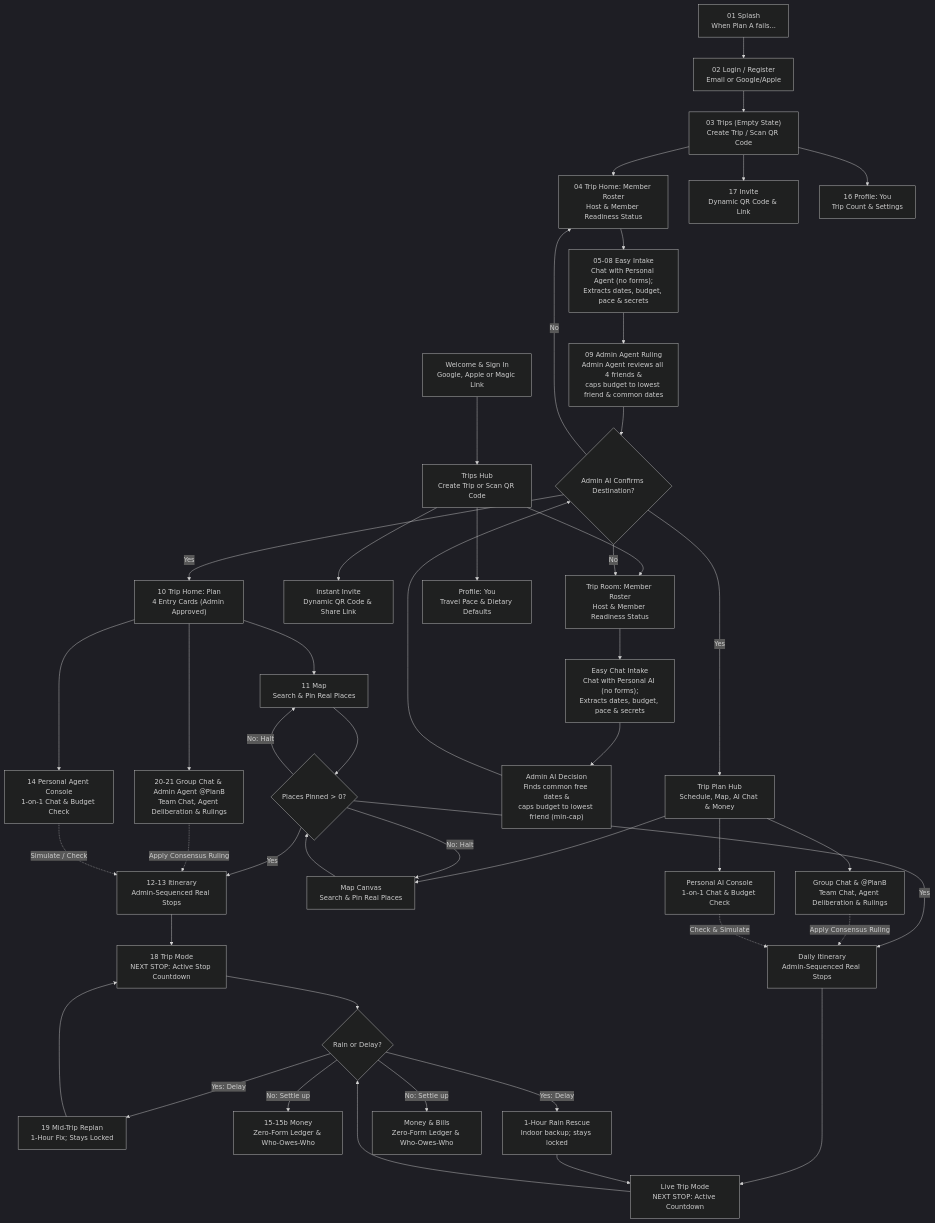
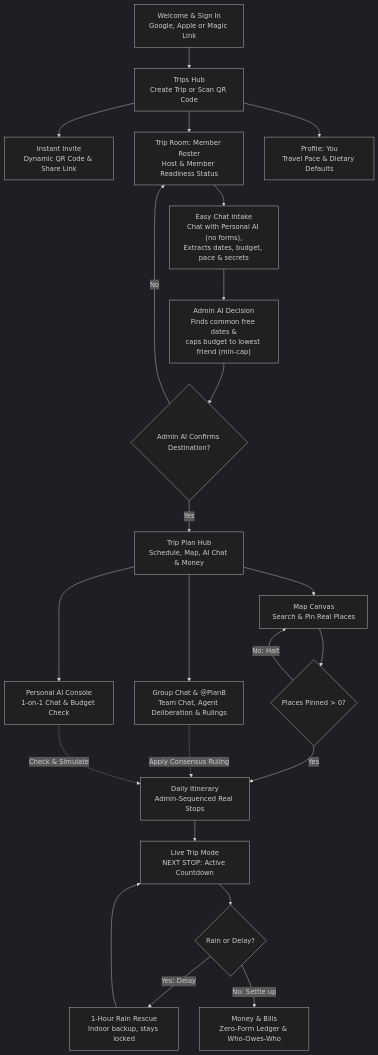
Before and after one commit to nlzce/We-are-the-champions_Plan-B: diagram 15 of 21 in README.md, drawn with Mermaid (dark theme). The commit also changed other lines of this file, not shown here.

Commit message:
docs: fix the mermaid diagram problem

````diff
--- a/README.md
+++ b/README.md
@@ -495,48 +489,25 @@
 ```mermaid
 flowchart TD
-  S01["01 Splash<br/>When Plan A fails..."] --> S02["02 Login / Register<br/>Email or Google/Apple"]
-  S02 --> S03["03 Trips (Empty State)<br/>Create Trip / Scan QR Code"]
-  S03 --> S04["04 Trip Home: Member Roster<br/>Host & Member Readiness Status"]
-  S03 --> S17["17 Invite<br/>Dynamic QR Code & Link"]
-  S04 --> S05_08["05-08 Easy Intake<br/>Chat with Personal Agent (no forms);<br/>Extracts dates, budget, pace & secrets"]
-  S05_08 --> S09["09 Admin Agent Ruling<br/>Admin Agent reviews all 4 friends &<br/>caps budget to lowest friend & common dates"]
-  S09 --> DestCheck{"Admin Agent Confirms Destination?"}
-  DestCheck -->|No| S04
-  DestCheck -->|Yes| S10["10 Trip Home: Plan<br/>4 Entry Cards (Admin Approved)"]
-  S10 --> S11["11 Map<br/>Search & Pin Real Places"]
-  S10 --> S14["14 Personal Agent Console<br/>1-on-1 Chat & Budget Check"]
-  S10 --> S20_21["20-21 Group Chat & Admin Agent @PlanB<br/>Team Chat, Agent Deliberation & Rulings"]
-  S11 --> PlaceCheck{"Places Pinned > 0?"}
-  PlaceCheck -->|No: Halt| S11
-  PlaceCheck -->|Yes| S12_13["12-13 Itinerary<br/>Admin-Sequenced Real Stops"]
-  S20_21 -.->|"Apply Consensus Ruling"| S12_13
-  S14 -.->|"Simulate / Check"| S12_13
-  S12_13 --> S18["18 Trip Mode<br/>NEXT STOP: Active Stop Countdown"]
-  S18 --> DisCheck{"Rain or Delay?"}
-  DisCheck -->|Yes: Delay| S19["19 Mid-Trip Replan<br/>1-Hour Fix; Stays Locked"]
-  S19 --> S18
-  DisCheck -->|No: Settle up| S15["15-15b Money<br/>Zero-Form Ledger & Who-Owes-Who"]
-  S03 --> S16["16 Profile: You<br/>Trip Count & Settings"]
   Login["Welcome & Sign In<br/>Google, Apple or Magic Link"] --> TripsHub["Trips Hub<br/>Create Trip or Scan QR Code"]
   TripsHub --> Invite["Instant Invite<br/>Dynamic QR Code & Share Link"]
   TripsHub --> Roster["Trip Room: Member Roster<br/>Host & Member Readiness Status"]
-  Roster --> EasyIntake["Easy Chat Intake<br/>Chat with Personal AI (no forms);<br/>Extracts dates, budget, pace & secrets"]
+  Roster --> EasyIntake["Easy Chat Intake<br/>Chat with Personal AI (no forms),<br/>Extracts dates, budget, pace & secrets"]
   EasyIntake --> AdminRuling["Admin AI Decision<br/>Finds common free dates &<br/>caps budget to lowest friend (min-cap)"]
   AdminRuling --> DestCheck{"Admin AI Confirms Destination?"}
   DestCheck -->|No| Roster
   DestCheck -->|Yes| PlanHub["Trip Plan Hub<br/>Schedule, Map, AI Chat & Money"]
   PlanHub --> Map["Map Canvas<br/>Search & Pin Real Places"]
   PlanHub --> PersonalAI["Personal AI Console<br/>1-on-1 Chat & Budget Check"]
   PlanHub --> GroupChat["Group Chat & @PlanB<br/>Team Chat, Agent Deliberation & Rulings"]
   Map --> PlaceCheck{"Places Pinned > 0?"}
   PlaceCheck -->|No: Halt| Map
   PlaceCheck -->|Yes| Itinerary["Daily Itinerary<br/>Admin-Sequenced Real Stops"]
   GroupChat -.->|"Apply Consensus Ruling"| Itinerary
   PersonalAI -.->|"Check & Simulate"| Itinerary
   Itinerary --> LiveTrip["Live Trip Mode<br/>NEXT STOP: Active Countdown"]
   LiveTrip --> DisCheck{"Rain or Delay?"}
-  DisCheck -->|Yes: Delay| Replan["1-Hour Rain Rescue<br/>Indoor backup; stays locked"]
+  DisCheck -->|Yes: Delay| Replan["1-Hour Rain Rescue<br/>Indoor backup, stays locked"]
   Replan --> LiveTrip
   DisCheck -->|No: Settle up| Money["Money & Bills<br/>Zero-Form Ledger & Who-Owes-Who"]
   TripsHub --> Profile["Profile: You<br/>Travel Pace & Dietary Defaults"]
 ```
````
